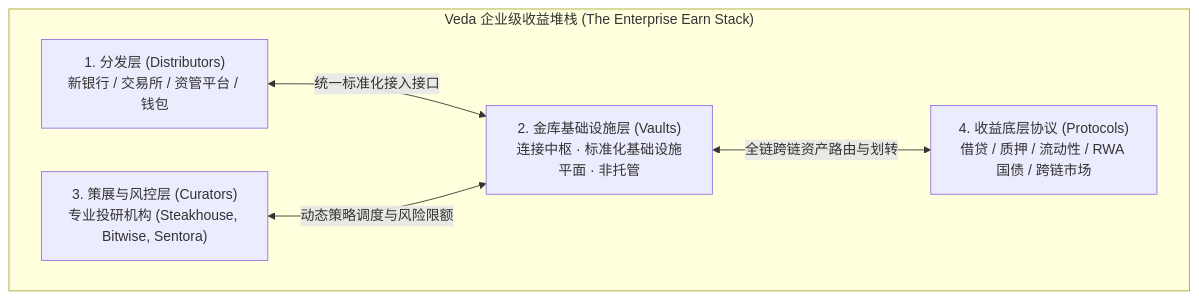
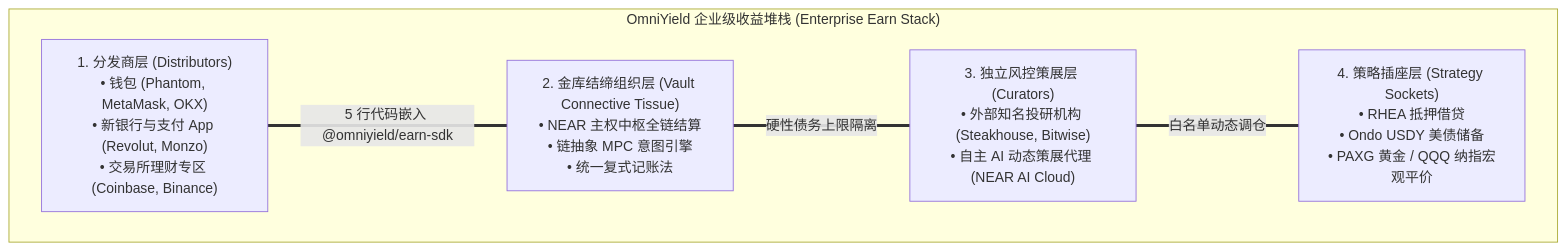
Before and after one commit to GOSUN-CAPITAL/omniyield-protocol: the first of 3 diagrams in docs/OMNIYIELD_ENTERPRISE_EARN_STACK_BLUEPRINT.md, drawn with Mermaid. The commit also changed other lines of this file and 8 other files, not shown here.

````diff
--- a/docs/OMNIYIELD_ENTERPRISE_EARN_STACK_BLUEPRINT.md
+++ b/docs/OMNIYIELD_ENTERPRISE_EARN_STACK_BLUEPRINT.md
@@ -24,13 +26,16 @@
 ```mermaid
 flowchart TD
-    subgraph VedaStack ["Veda 企业级收益堆栈 (The Enterprise Earn Stack)"]
-        D["1. 分发层 (Distributors)<br/>新银行 / 交易所 / 资管平台 / 钱包"]
-        V["2. 金库基础设施层 (Vaults)<br/>连接中枢 · 标准化基础设施平面 · 非托管"]
-        C["3. 策展与风控层 (Curators)<br/>专业投研机构 (Steakhouse, Bitwise, Sentora)"]
-        P["4. 收益底层协议 (Protocols)<br/>借贷 / 质押 / 流动性 / RWA 国债 / 跨链市场"]
+    subgraph EnterpriseStack ["OmniYield 企业级收益堆栈 (Enterprise Earn Stack)"]
+        D["1. 分发商层 (Distributors)<br/>• 钱包 (Phantom, MetaMask, OKX)<br/>• 新银行与支付 App (Revolut, Monzo)<br/>• 交易所理财专区 (Coinbase, Binance)"]
+        
+        M["2. 金库结缔组织层 (Vault Connective Tissue)<br/>• NEAR 主权中枢全链结算<br/>• 链抽象 MPC 意图引擎<br/>• 统一复式记账法"]
+        
+        C["3. 独立风控策展层 (Curators)<br/>• 外部知名投研机构 (Steakhouse, Bitwise)<br/>• 自主 AI 动态策展代理 (NEAR AI Cloud)"]
+        
+        S["4. 策略插座层 (Strategy Sockets)<br/>• RHEA 抵押借贷<br/>• Ondo USDY 美债储备<br/>• PAXG 黄金 / QQQ 纳指宏观平价"]
+        
+        D ===|5 行代码嵌入 @omniyield/earn-sdk| M
+        M ===|硬性债务上限隔离| C
+        C ===|白名单动态调仓| S
     end
-
-    D <-->|统一标准化接入接口| V
-    C <-->|动态策略调度与风险限额| V
-    V <-->|全链跨链资产路由与划转| P
 ```
````
